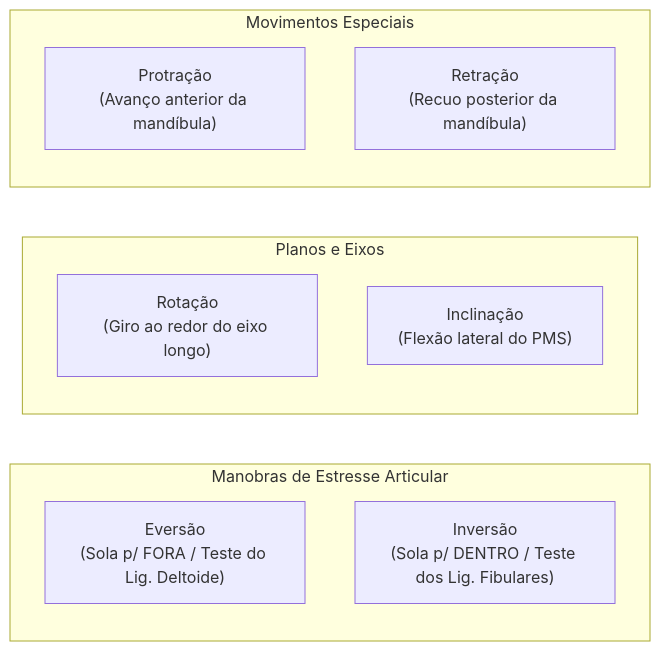
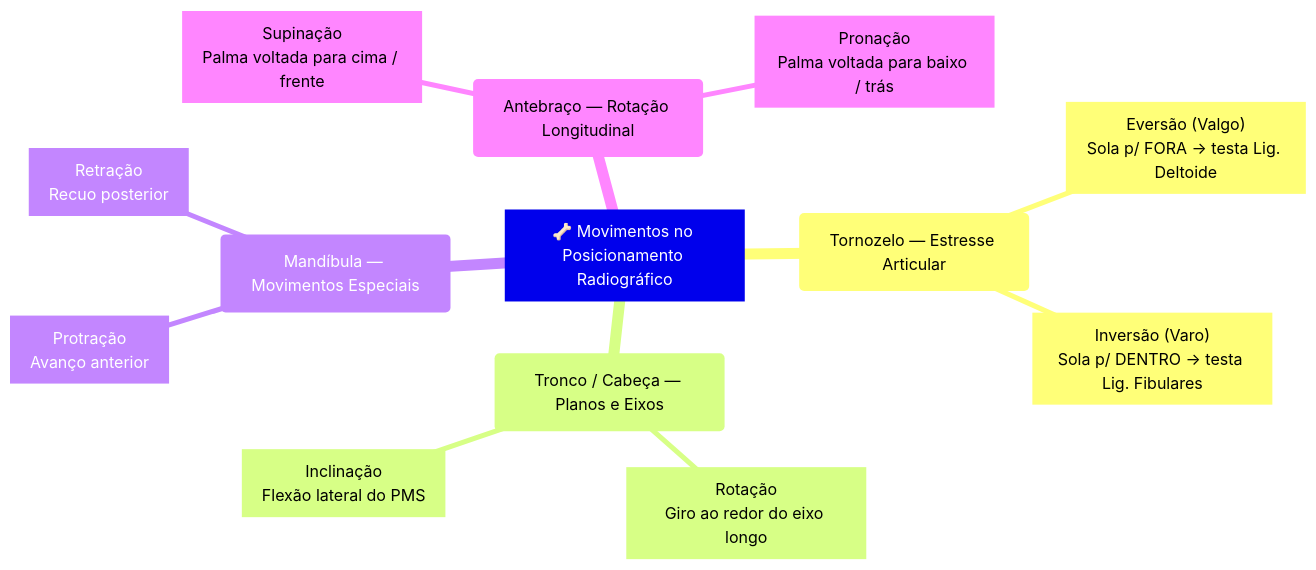
The third of 3 diagrams in _posts/2026-05-08-uc1-terminologia-anatomica-incidencias-e-posicionamento.md (HenriqueFreire/henriquefreire.github.io), drawn with Mermaid before and after one commit. The commit also changed other lines of this file, not shown here.

Commit message:
fix: corrigir typo, precisao tecnica, mermaid, secao D e adicionar referencias bibliograficas

````diff
--- a/_posts/2026-05-08-uc1-terminologia-anatomica-incidencias-e-posicionamento.md
+++ b/_posts/2026-05-08-uc1-terminologia-anatomica-incidencias-e-posicionamento.md
@@ -158,15 +158,16 @@
 ```mermaid
-flowchart LR
-    subgraph Tornozelo ["Manobras de Estresse Articular"]
-        E1["Eversão<br/>(Sola p/ FORA / Teste do Lig. Deltoide)"]
-        E2["Inversão<br/>(Sola p/ DENTRO / Teste dos Lig. Fibulares)"]
-    end
-    subgraph Planos ["Planos e Eixos"]
-        P1["Rotação<br/>(Giro ao redor do eixo longo)"]
-        P2["Inclinação<br/>(Flexão lateral do PMS)"]
-    end
-    subgraph Face ["Movimentos Especiais"]
-        M1["Protração<br/>(Avanço anterior da mandíbula)"]
-        M2["Retração<br/>(Recuo posterior da mandíbula)"]
-    end
+mindmap
+  root["🦴 Movimentos no Posicionamento Radiográfico"]
+    ("Tornozelo — Estresse Articular")
+      ["Eversão (Valgo)<br/>Sola p/ FORA → testa Lig. Deltoide"]
+      ["Inversão (Varo)<br/>Sola p/ DENTRO → testa Lig. Fibulares"]
+    ("Tronco / Cabeça — Planos e Eixos")
+      ["Rotação<br/>Giro ao redor do eixo longo"]
+      ["Inclinação<br/>Flexão lateral do PMS"]
+    ("Mandíbula — Movimentos Especiais")
+      ["Protração<br/>Avanço anterior"]
+      ["Retração<br/>Recuo posterior"]
+    ("Antebraço — Rotação Longitudinal")
+      ["Supinação<br/>Palma voltada para cima / frente"]
+      ["Pronação<br/>Palma voltada para baixo / trás"]
 ```
````
